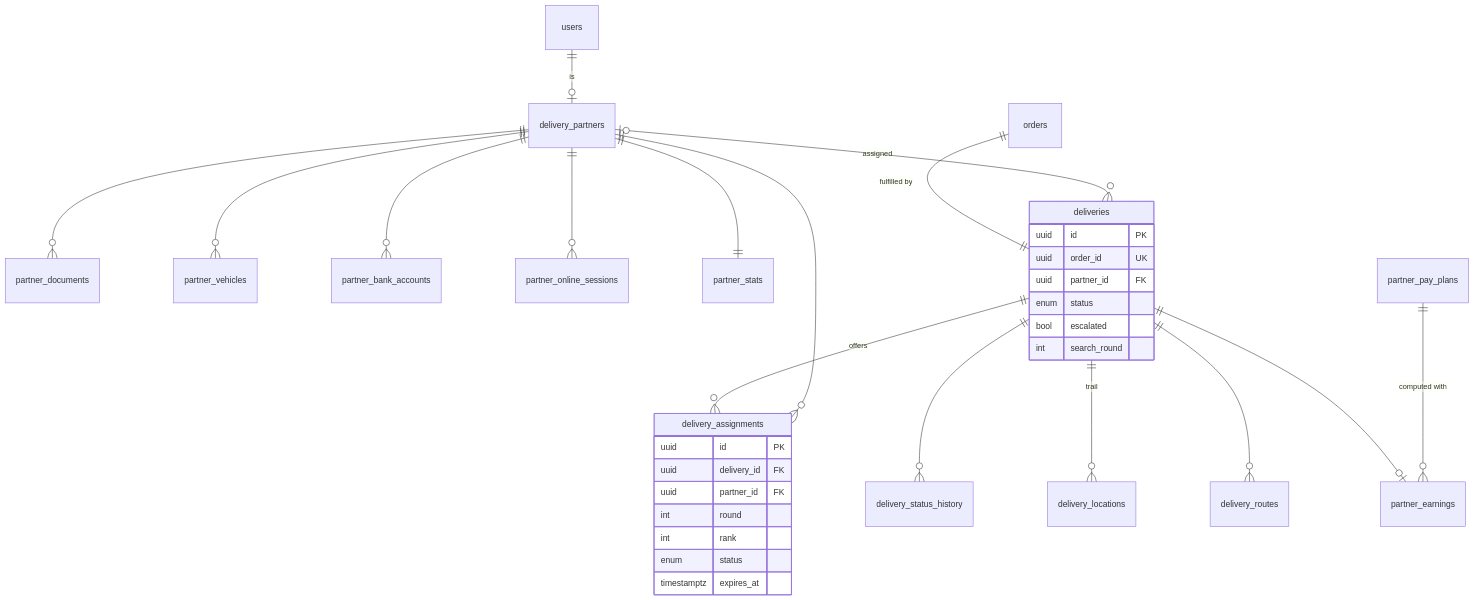
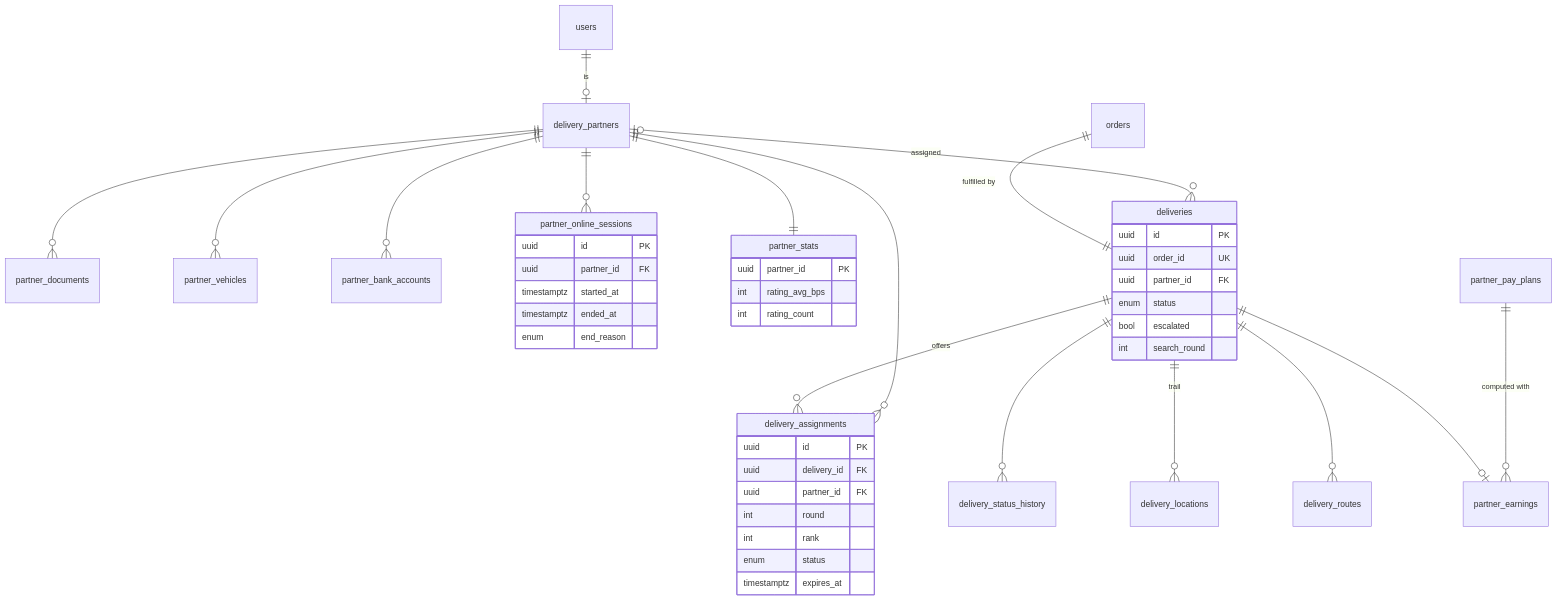
The sixth of 8 diagrams in docs/database/ERD.md (shaswat-shrey/FoodOrderingSystem), drawn with Mermaid before and after one commit. The commit also changed other lines of this file and 20 other files, not shown here.

Commit message:
docs: demo guide, known limitations, future roadmap; Phase 14 status (SRS v0.11.2)

````diff
--- a/docs/database/ERD.md
+++ b/docs/database/ERD.md
@@ -249,35 +257,47 @@
 ```mermaid
 erDiagram
   users ||--o| delivery_partners : "is"
   delivery_partners ||--o{ partner_documents : ""
   delivery_partners ||--o{ partner_vehicles : ""
   delivery_partners ||--o{ partner_bank_accounts : ""
   delivery_partners ||--o{ partner_online_sessions : ""
   delivery_partners ||--|| partner_stats : ""
   orders ||--|| deliveries : "fulfilled by"
   delivery_partners |o--o{ deliveries : "assigned"
   deliveries ||--o{ delivery_assignments : "offers"
   delivery_partners ||--o{ delivery_assignments : ""
   deliveries ||--o{ delivery_status_history : ""
   deliveries ||--o{ delivery_locations : "trail"
   deliveries ||--o{ delivery_routes : ""
   deliveries ||--o| partner_earnings : ""
   partner_pay_plans ||--o{ partner_earnings : "computed with"
   deliveries {
     uuid id PK
     uuid order_id UK
     uuid partner_id FK
     enum status
     bool escalated
     int search_round
   }
+  partner_online_sessions {
+    uuid id PK
+    uuid partner_id FK
+    timestamptz started_at
+    timestamptz ended_at
+    enum end_reason
+  }
+  partner_stats {
+    uuid partner_id PK
+    int rating_avg_bps
+    int rating_count
+  }
   delivery_assignments {
     uuid id PK
     uuid delivery_id FK
     uuid partner_id FK
     int round
     int rank
     enum status
     timestamptz expires_at
   }
 ```
````
